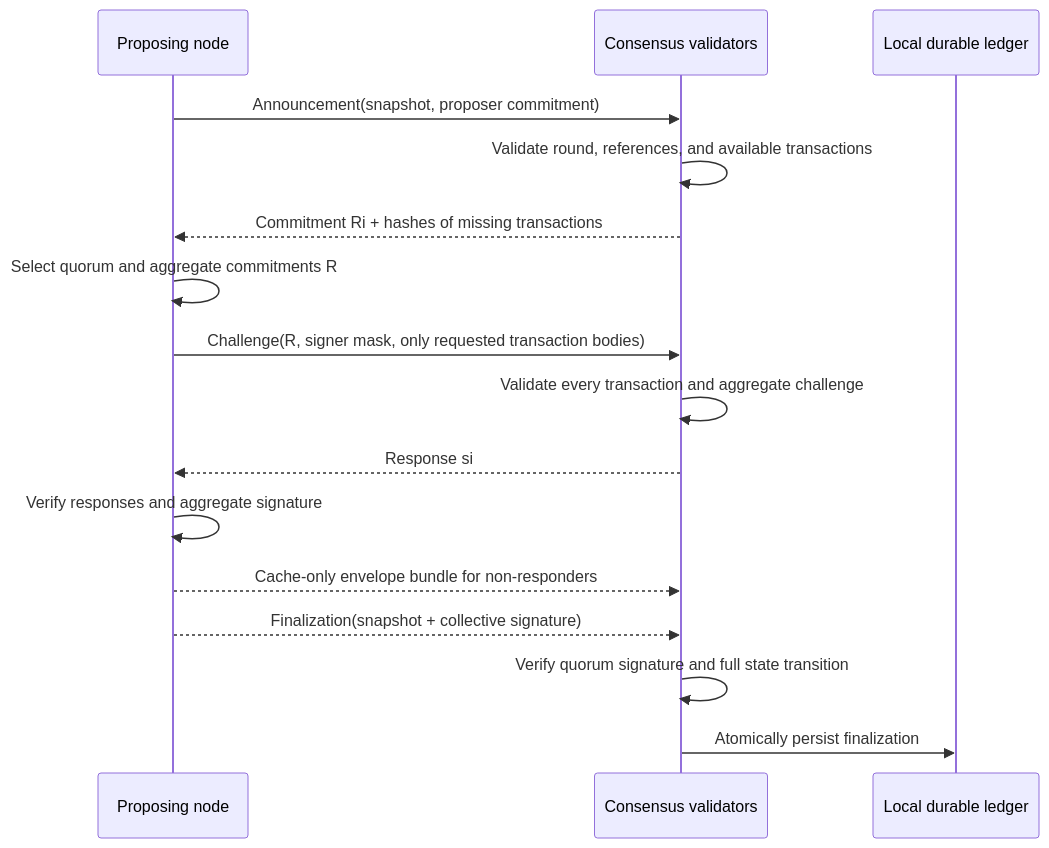
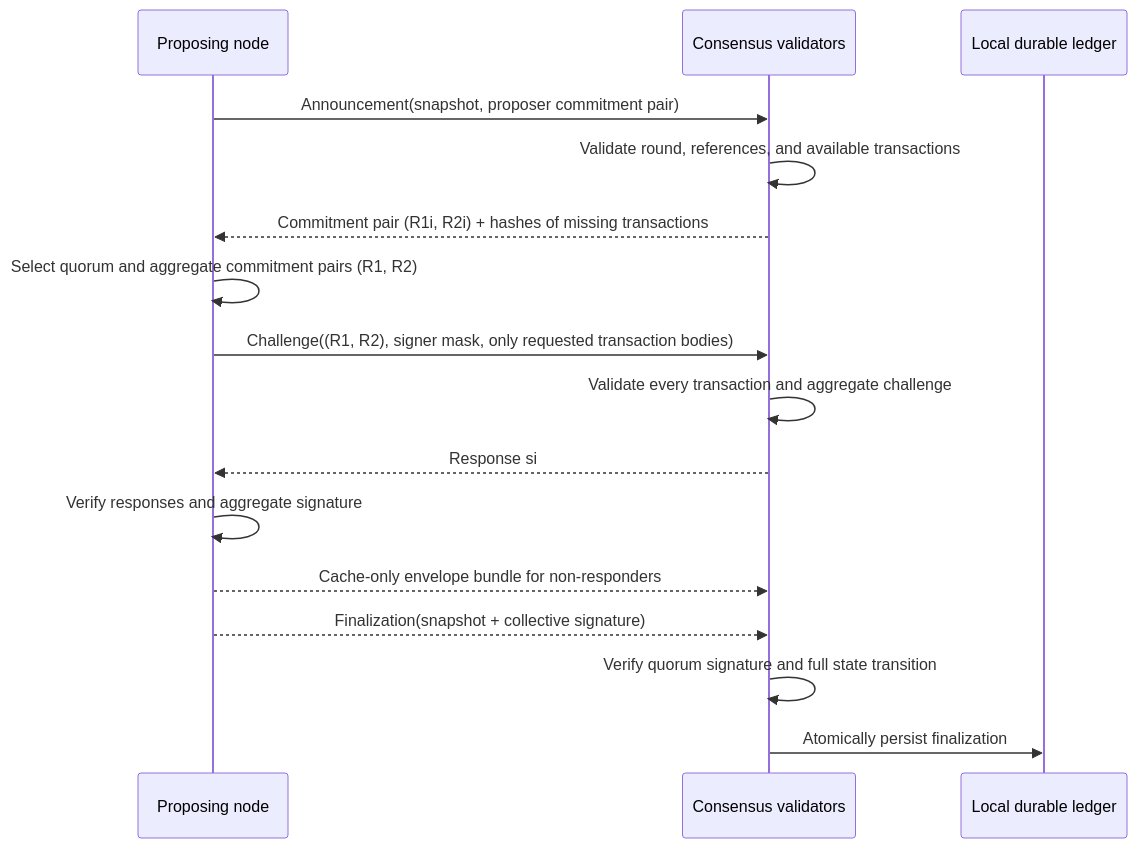
One commit to MixinNetwork/mixin changed the fifth of 6 diagrams in doc/mixin-kernel-technical-paper.md. Above: the diagram before and after it, drawn with Mermaid. The commit also changed other lines of this file and 9 other files, not shown here.

````diff
--- a/doc/mixin-kernel-technical-paper.md
+++ b/doc/mixin-kernel-technical-paper.md
@@ -454,19 +454,19 @@
 ```mermaid
 sequenceDiagram
     participant P as Proposing node
     participant V as Consensus validators
     participant L as Local durable ledger
 
-    P->>V: Announcement(snapshot, proposer commitment)
+    P->>V: Announcement(snapshot, proposer commitment pair)
     V->>V: Validate round, references, and available transactions
-    V-->>P: Commitment Ri + hashes of missing transactions
-    P->>P: Select quorum and aggregate commitments R
-    P->>V: Challenge(R, signer mask, only requested transaction bodies)
+    V-->>P: Commitment pair (R1i, R2i) + hashes of missing transactions
+    P->>P: Select quorum and aggregate commitment pairs (R1, R2)
+    P->>V: Challenge((R1, R2), signer mask, only requested transaction bodies)
     V->>V: Validate every transaction and aggregate challenge
     V-->>P: Response si
     P->>P: Verify responses and aggregate signature
     P-->>V: Cache-only envelope bundle for non-responders
     P-->>V: Finalization(snapshot + collective signature)
     V->>V: Verify quorum signature and full state transition
     V->>L: Atomically persist finalization
 ```
````
